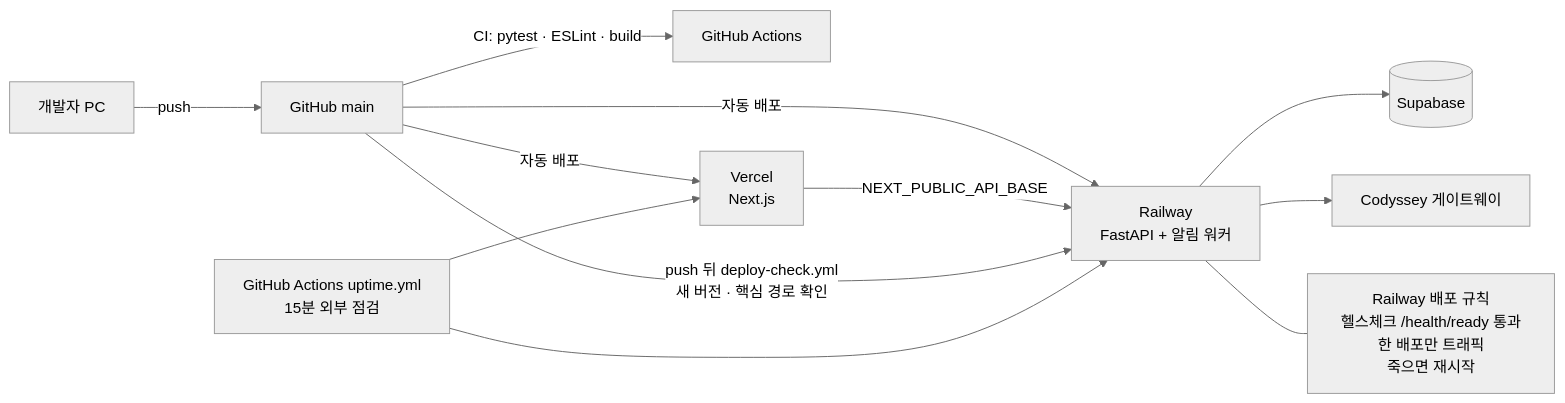
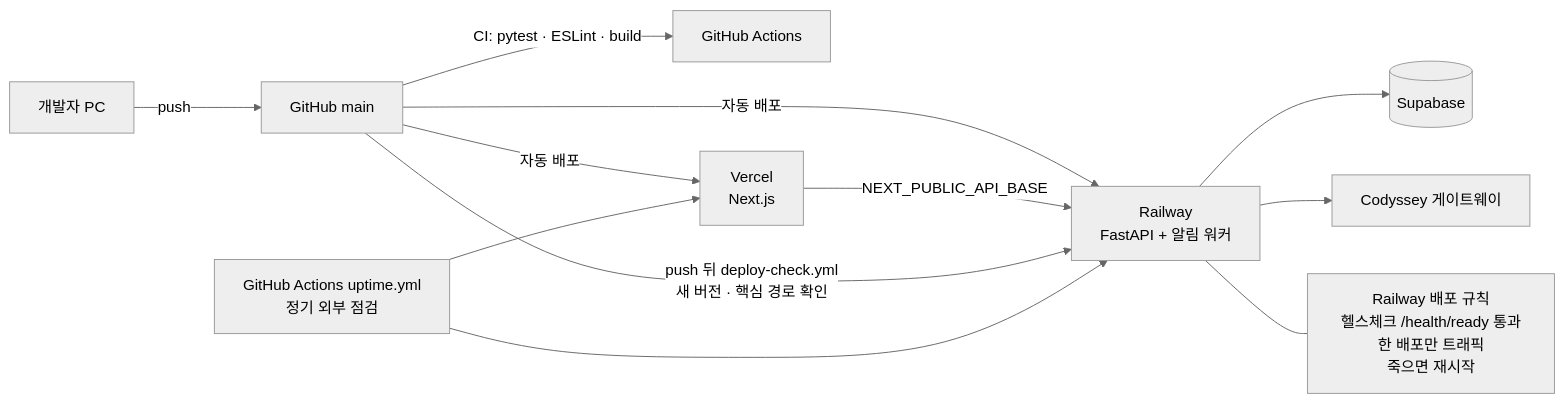
One commit to dinf7605/Codyssey_FinalProject changed the ninth of 9 diagrams in docs/architecture.md. Above: the diagram before and after it, drawn with Mermaid (neutral theme). The commit also changed other lines of this file and 10 other files, not shown here.

````diff
--- a/docs/architecture.md
+++ b/docs/architecture.md
@@ -309,14 +309,14 @@
 ```mermaid
 flowchart LR
     dev["개발자 PC"] -- push --> gh["GitHub main"]
     gh -- "CI: pytest · ESLint · build" --> ci["GitHub Actions"]
     gh -- 자동 배포 --> vercel["Vercel<br/>Next.js"]
     gh -- 자동 배포 --> railway["Railway<br/>FastAPI + 알림 워커"]
     vercel -- NEXT_PUBLIC_API_BASE --> railway
     railway --> supabase[("Supabase")]
     railway --> gateway["Codyssey 게이트웨이"]
     gh -- "push 뒤 deploy-check.yml<br/>새 버전 · 핵심 경로 확인" --> railway
-    cron["GitHub Actions uptime.yml<br/>15분 외부 점검"] --> vercel & railway
+    cron["GitHub Actions uptime.yml<br/>정기 외부 점검"] --> vercel & railway
     hc["Railway 배포 규칙<br/>헬스체크 /health/ready 통과한 배포만 트래픽<br/>죽으면 재시작"]
     railway --- hc
 ```
````
